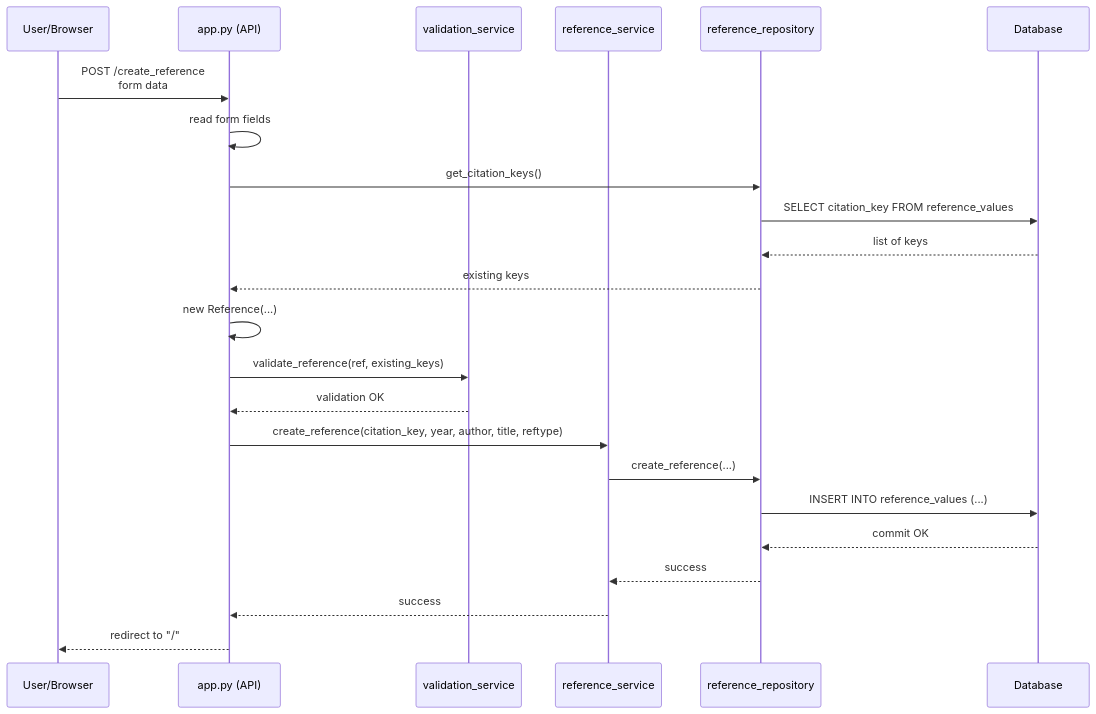
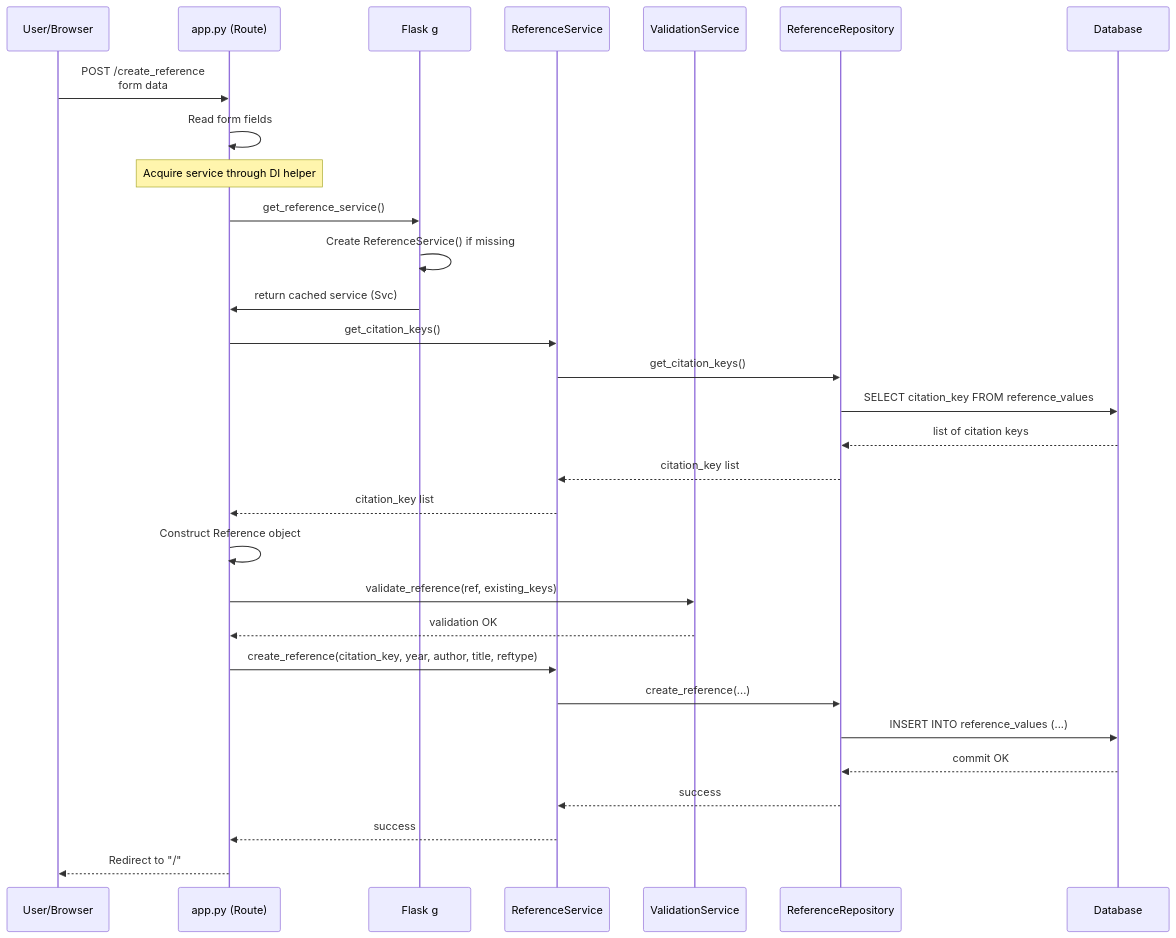
Before and after one commit to kortekoski/ohtuminiprojekti: the second of 4 diagrams in documentation/README_architecture.md, drawn with Mermaid.

Commit message:
Update architecture documentation

````diff
--- a/documentation/README_architecture.md
+++ b/documentation/README_architecture.md
@@ -50,36 +50,42 @@
 ```mermaid
 
 sequenceDiagram
     participant User as User/Browser
-    participant App as app.py (API)
-    participant Val as validation_service
-    participant Svc as reference_service
-    participant Repo as reference_repository
+    participant App as app.py (Route)
+    participant G as Flask g
+    participant Svc as ReferenceService
+    participant Val as ValidationService
+    participant Repo as ReferenceRepository
     participant DB as Database
 
-    User ->> App: POST /create_reference<br/>form data
+    User ->> App: POST /create_reference <br/> form data
 
-    App ->> App: read form fields
-    App ->> Repo: get_citation_keys()
+    App ->> App: Read form fields
+
+    Note over App: Acquire service through DI helper
+    App ->> G: get_reference_service()
+    G ->> G: Create ReferenceService() if missing
+    G ->> App: return cached service (Svc)
+
+    App ->> Svc: get_citation_keys()
+    Svc ->> Repo: get_citation_keys()
     Repo ->> DB: SELECT citation_key FROM reference_values
-    DB -->> Repo: list of keys
-    Repo -->> App: existing keys
+    DB -->> Repo: list of citation keys
+    Repo -->> Svc: citation_key list
+    Svc -->> App: citation_key list
 
-    App ->> App: new Reference(...)
+    App ->> App: Construct Reference object
 
     App ->> Val: validate_reference(ref, existing_keys)
     Val -->> App: validation OK
 
     App ->> Svc: create_reference(citation_key, year, author, title, reftype)
 
     Svc ->> Repo: create_reference(...)
     Repo ->> DB: INSERT INTO reference_values (...)
-
     DB -->> Repo: commit OK
     Repo -->> Svc: success
     Svc -->> App: success
 
-    App -->> User: redirect to "/"
-
-
+    App -->> User: Redirect to "/"
 ```
````
